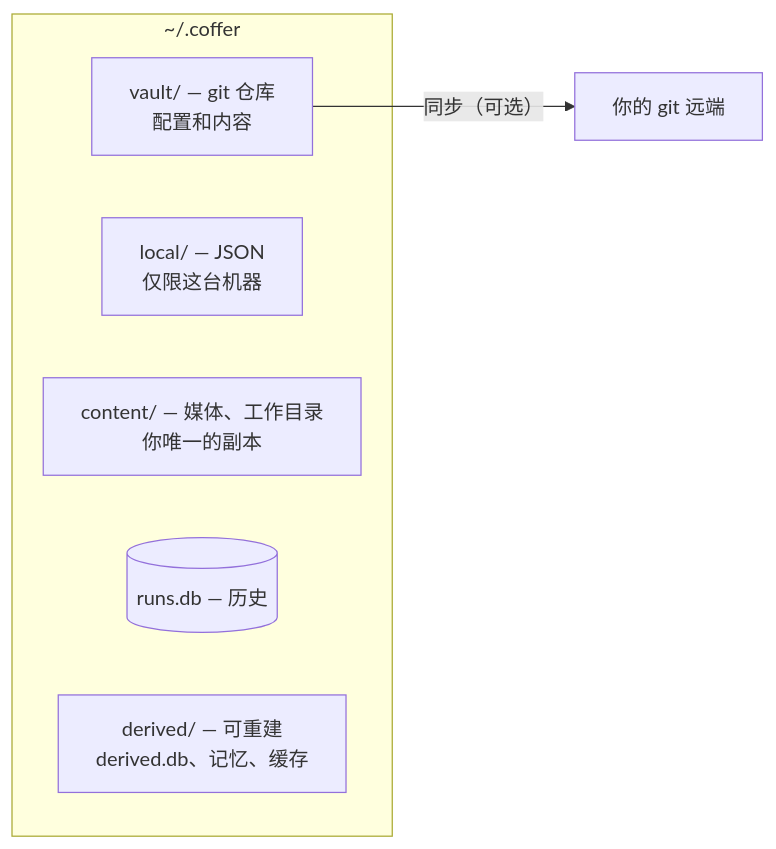
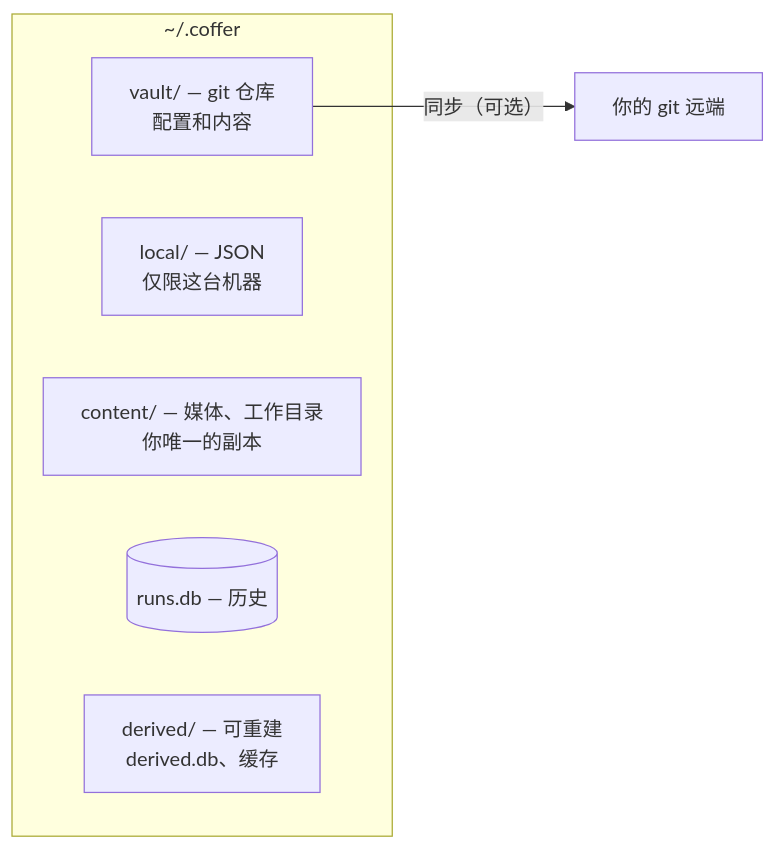
The first of 3 diagrams in docs-site/zh/architecture/persistence.md (wyx-sg/Coffer), drawn with Mermaid before and after one commit. The commit also changed other lines of this file and 521 other files, not shown here.

````diff
--- a/docs-site/zh/architecture/persistence.md
+++ b/docs-site/zh/architecture/persistence.md
@@ -39,11 +39,11 @@
 ```mermaid
 flowchart LR
   subgraph home["~/.coffer"]
     V["vault/ — git 仓库<br/>配置和内容"]
     L["local/ — JSON<br/>仅限这台机器"]
     C["content/ — 媒体、工作目录<br/>你唯一的副本"]
     R[("runs.db — 历史")]
-    D["derived/ — 可重建<br/>derived.db、记忆、缓存"]
+    D["derived/ — 可重建<br/>derived.db、缓存"]
   end
   V -- "同步（可选）" --> Remote["你的 git 远端"]
 ```
````
